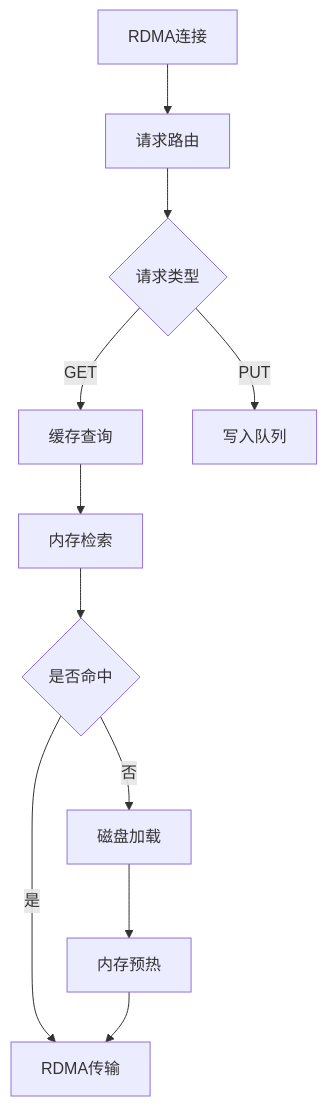
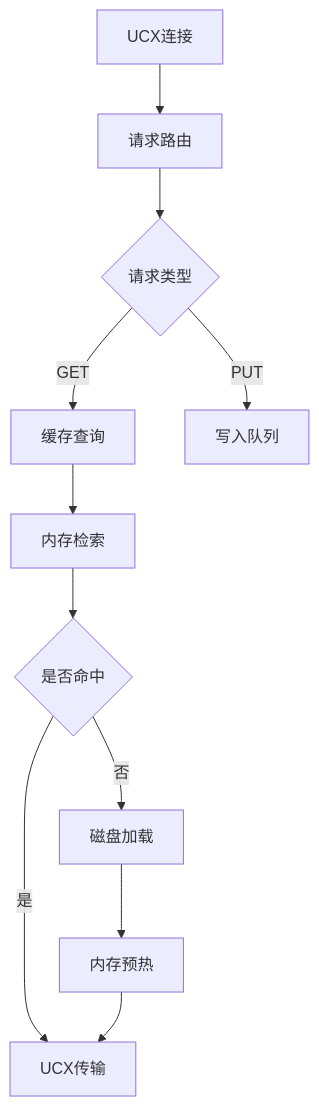
One commit to hiicl/Helios-Calculation changed the first of 7 diagrams in README.md. Above: the diagram before and after it, drawn with Mermaid. The commit also changed other lines of this file, not shown here.

````diff
--- a/README.md
+++ b/README.md
@@ -66,13 +66,13 @@
 ```mermaid
 graph TD
-    A[RDMA连接] --> B[请求路由]
+    A[UCX连接] --> B[请求路由]
     B --> C{请求类型}
     C -->|GET| D[缓存查询]
     C -->|PUT| E[写入队列]
     D --> F[内存检索]
     F --> G{是否命中}
-    G -->|是| H[RDMA传输]
+    G -->|是| H[UCX传输]
     G -->|否| I[磁盘加载]
     I --> J[内存预热]
     J --> H
 ```
````
